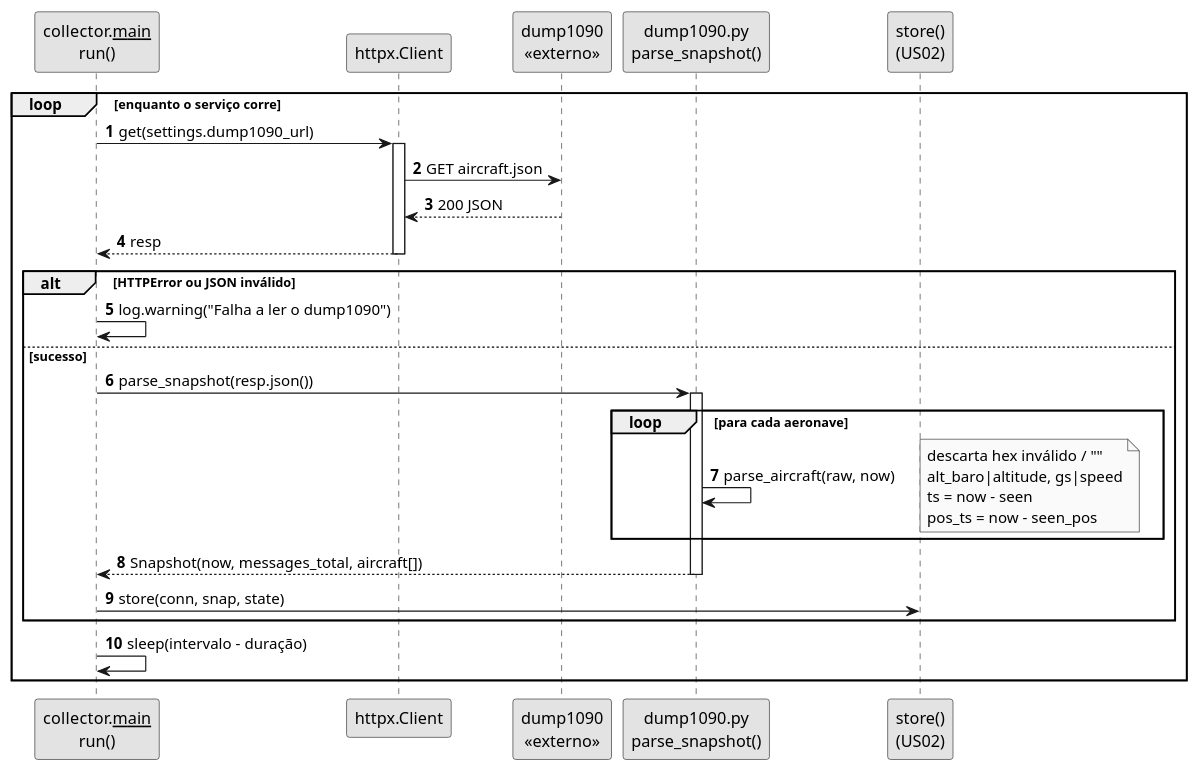
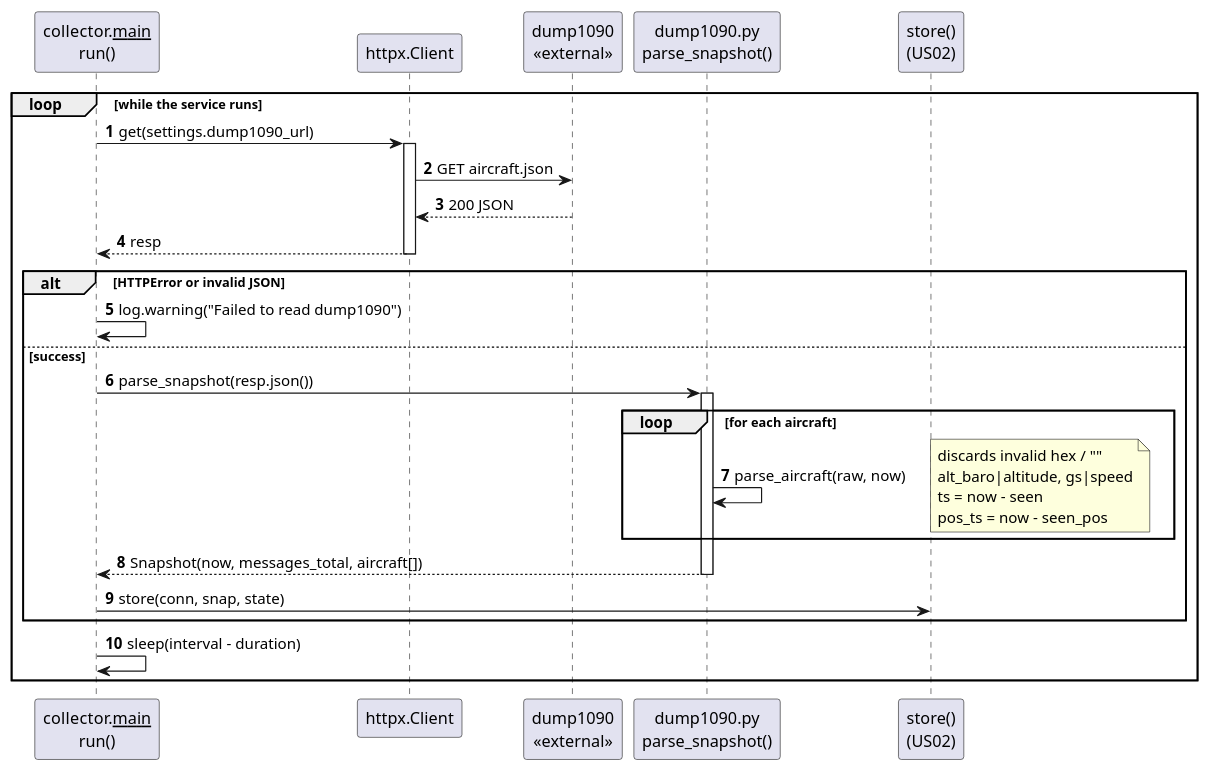
One commit to miguelsiilva1/SkyTracer changed the diagram in docs/system-documentation/use-cases/US01/puml/sd_us01.puml. Above: the diagram before and after it, drawn with PlantUML. The commit also changed 42 other files, not shown here.

```diff
--- a/docs/system-documentation/use-cases/US01/puml/sd_us01.puml
+++ b/docs/system-documentation/use-cases/US01/puml/sd_us01.puml
@@ -1,38 +1,37 @@
 @startuml
 autonumber
-skinparam monochrome true
 participant "collector.__main__\nrun()" as Run
 participant "httpx.Client" as Http
-participant "dump1090\n<<externo>>" as D
+participant "dump1090\n<<external>>" as D
 participant "dump1090.py\nparse_snapshot()" as Parser
 participant "store()\n(US02)" as Store
 
-loop enquanto o serviço corre
+loop while the service runs
   Run -> Http : get(settings.dump1090_url)
   activate Http
   Http -> D : GET aircraft.json
   D --> Http : 200 JSON
   Http --> Run : resp
   deactivate Http
 
-  alt HTTPError ou JSON inválido
-    Run -> Run : log.warning("Falha a ler o dump1090")
-  else sucesso
+  alt HTTPError or invalid JSON
+    Run -> Run : log.warning("Failed to read dump1090")
+  else success
     Run -> Parser : parse_snapshot(resp.json())
     activate Parser
-    loop para cada aeronave
+    loop for each aircraft
       Parser -> Parser : parse_aircraft(raw, now)
       note right
-        descarta hex inválido / "~"
+        discards invalid hex / "~"
         alt_baro|altitude, gs|speed
         ts = now - seen
         pos_ts = now - seen_pos
       end note
     end
     Parser --> Run : Snapshot(now, messages_total, aircraft[])
     deactivate Parser
     Run -> Store : store(conn, snap, state)
   end
-  Run -> Run : sleep(intervalo - duração)
+  Run -> Run : sleep(interval - duration)
 end
 @enduml
```
